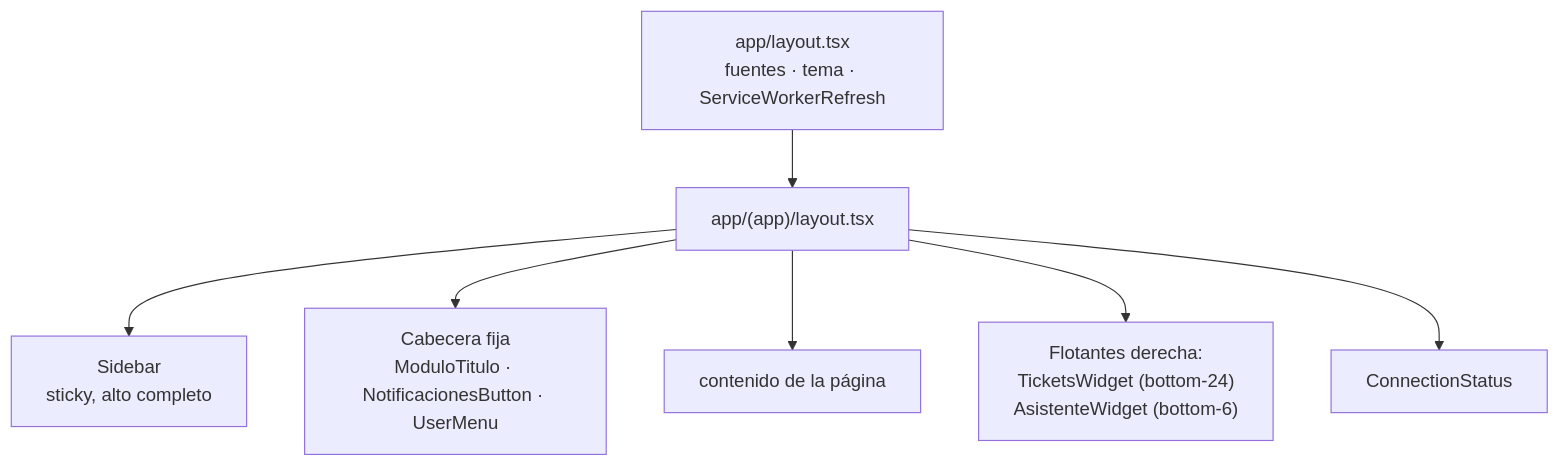
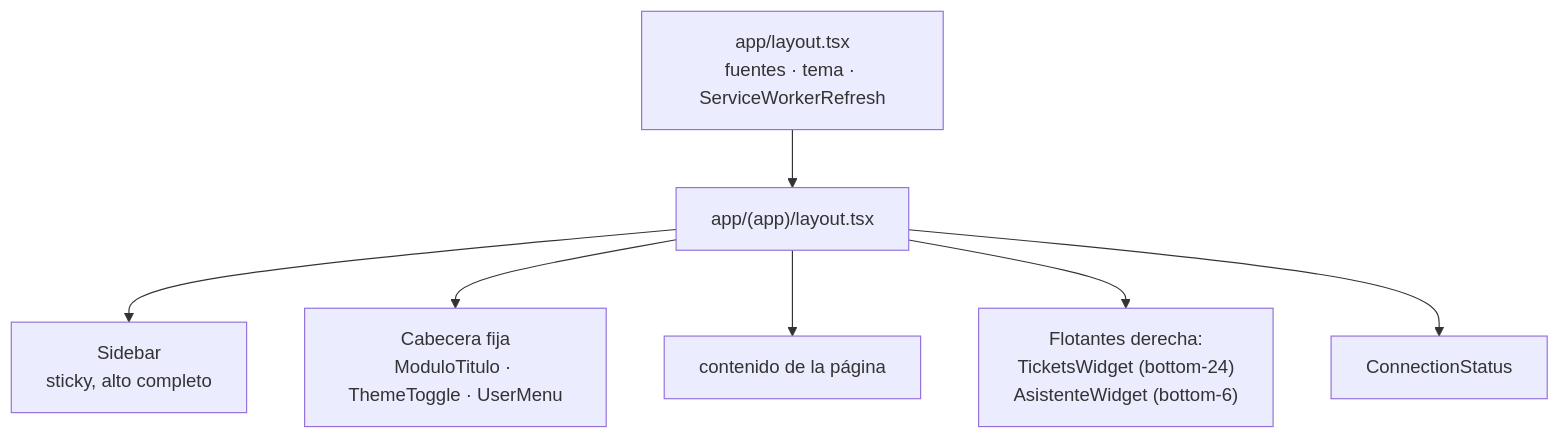
The diagram in docs/COMPONENTES.md (ACifuentesH/hub-agricultores), drawn with Mermaid before and after one commit. The commit also changed other lines of this file and 13 other files, not shown here.

````diff
--- a/docs/COMPONENTES.md
+++ b/docs/COMPONENTES.md
@@ -25,10 +25,10 @@
 ```mermaid
 flowchart TB
     RL["app/layout.tsx<br/>fuentes · tema · ServiceWorkerRefresh"]
     RL --> AL["app/(app)/layout.tsx"]
     AL --> SB["Sidebar<br/>sticky, alto completo"]
-    AL --> HD["Cabecera fija<br/>ModuloTitulo · NotificacionesButton · UserMenu"]
+    AL --> HD["Cabecera fija<br/>ModuloTitulo · ThemeToggle · UserMenu"]
     AL --> MAIN["contenido de la página"]
     AL --> FLOT["Flotantes derecha:<br/>TicketsWidget (bottom-24)<br/>AsistenteWidget (bottom-6)"]
     AL --> CONN["ConnectionStatus"]
 ```
````
